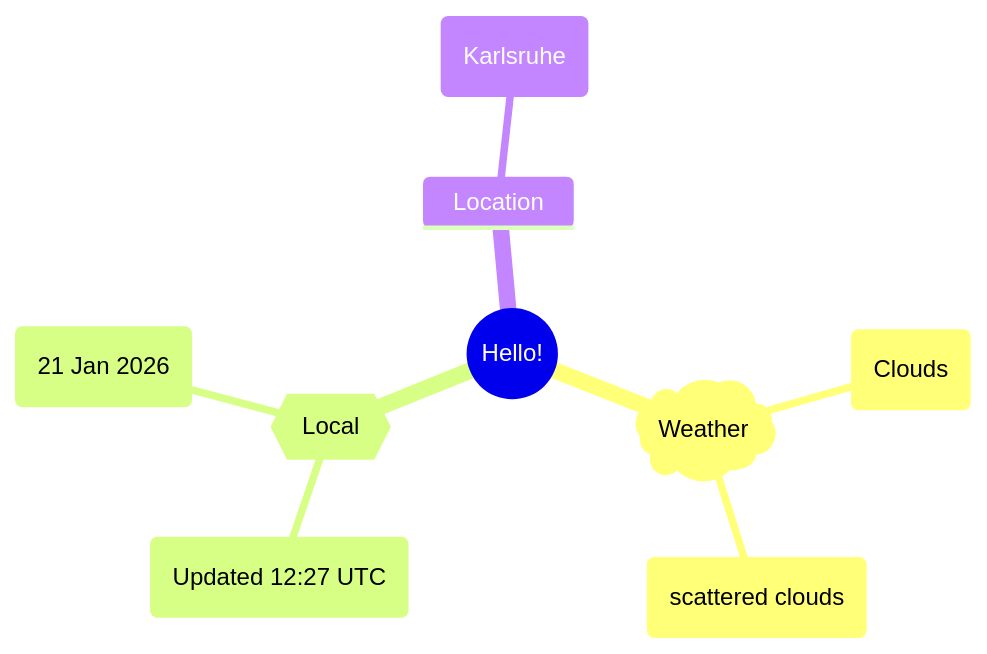
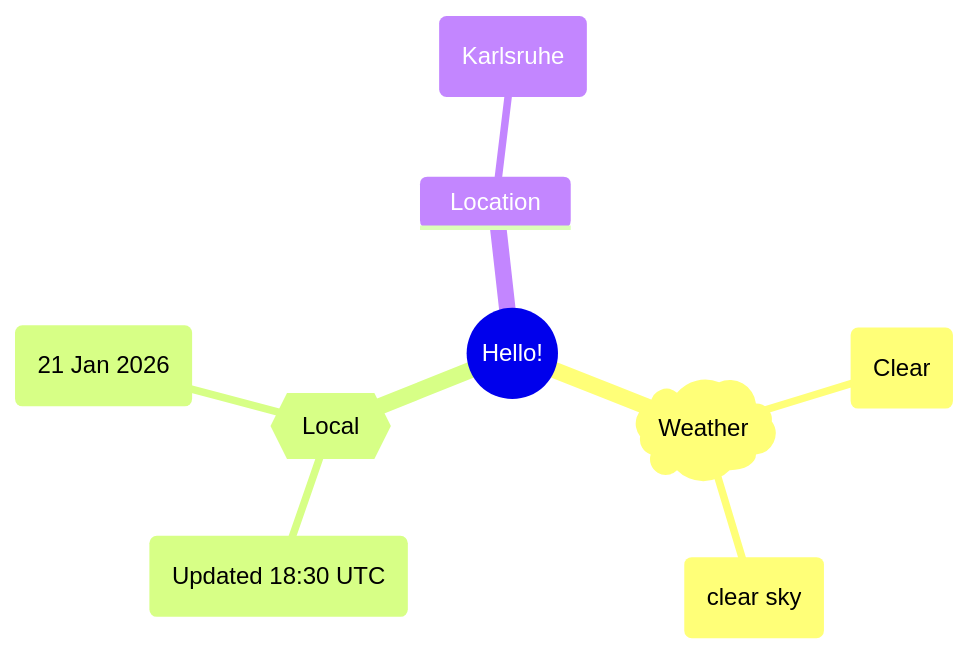
One commit to Xosrov/Xosrov changed the first of 2 diagrams in README.md. Above: the diagram before and after it, drawn with Mermaid.

Commit message:
[bot] updated images

````diff
--- a/README.md
+++ b/README.md
@@ -3,12 +3,12 @@
 ```mermaid
 mindmap
   root((Hello!))
     )Weather(
-        (Clouds)
-        (scattered clouds)
+        (Clear)
+        (clear sky)
     {{Local}}
-        (Updated 12:27 UTC)
+        (Updated 18:30 UTC)
         (21 Jan 2026)
     Location
         (Karlsruhe)
 ```
````
